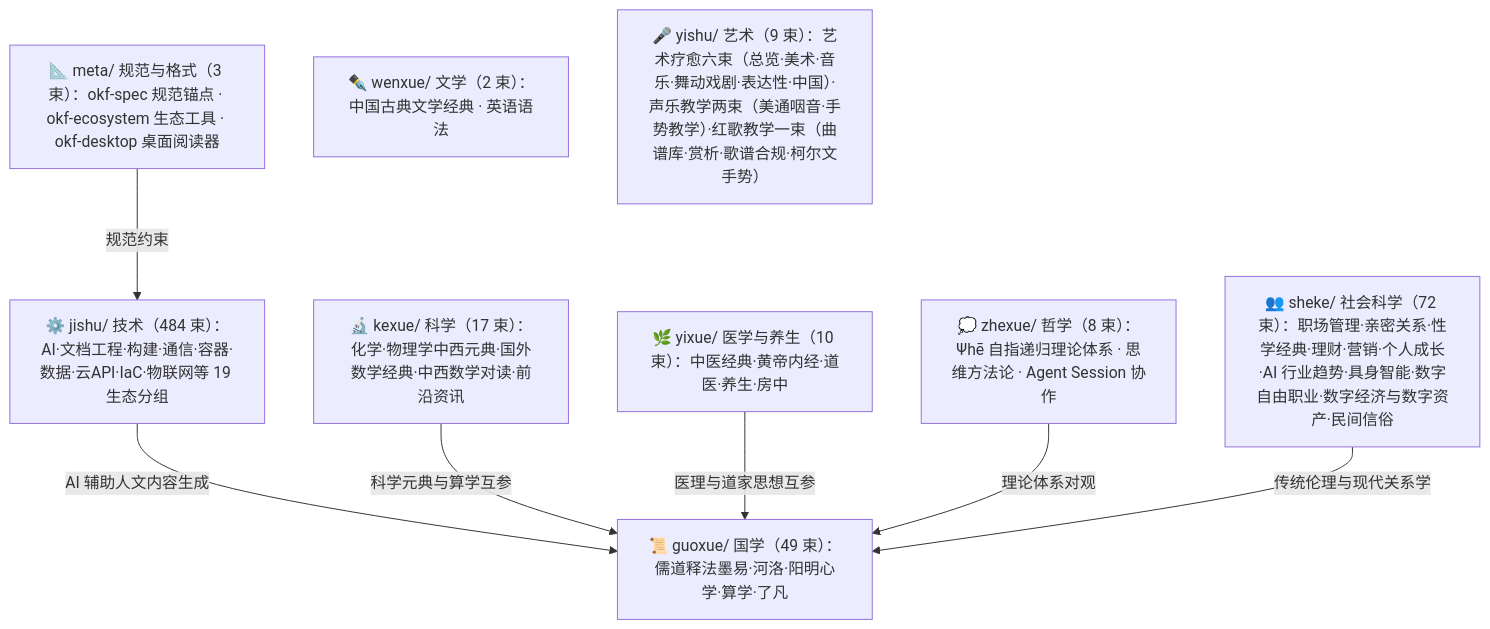
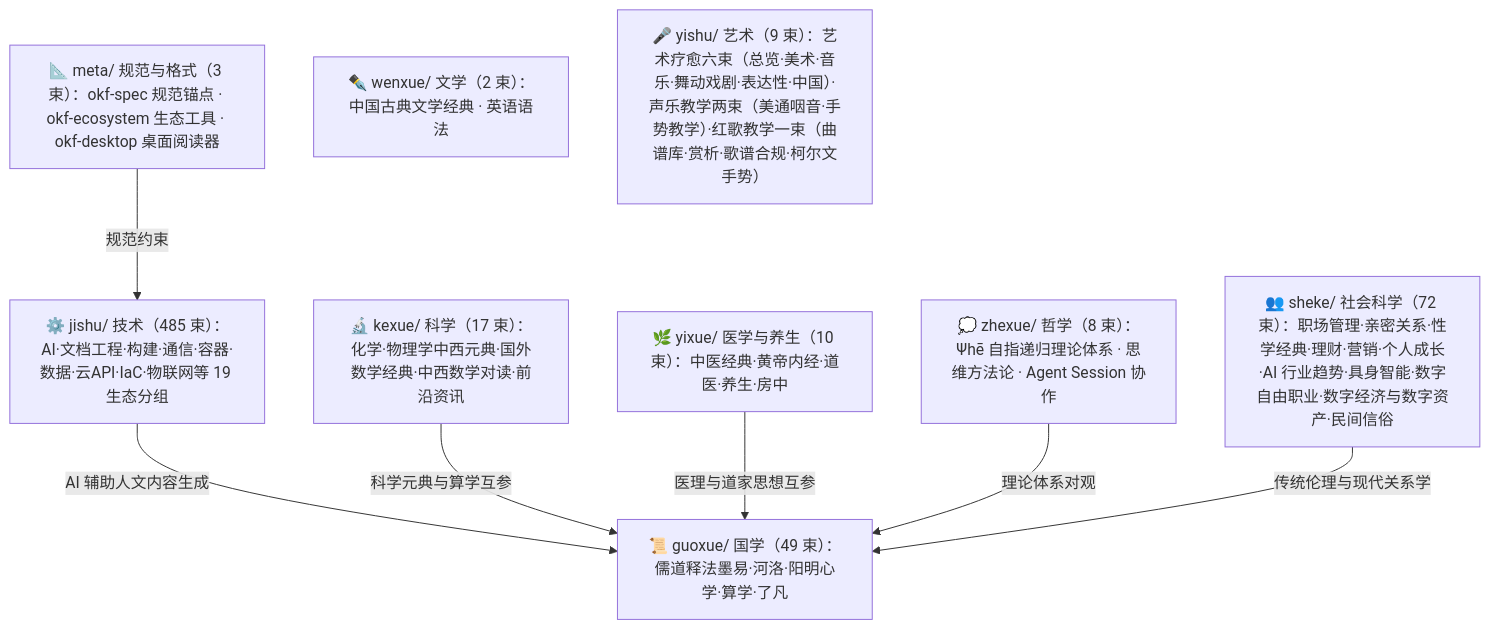
The diagram in doc/bundles/index.md (awesome-flexloop/awesome-okf), drawn with Mermaid before and after one commit. The commit also changed other lines of this file and 28 other files, not shown here.

````diff
--- a/doc/bundles/index.md
+++ b/doc/bundles/index.md
@@ -21,18 +21,18 @@
 ```mermaid
 flowchart TD
     meta["📐 meta/ 规范与格式（3 束）：okf-spec 规范锚点 · okf-ecosystem 生态工具 · okf-desktop 桌面阅读器"]
     guoxue["📜 guoxue/ 国学（49 束）：儒道释法墨易·河洛·阳明心学·算学·了凡"]
     zhexue["💭 zhexue/ 哲学（8 束）：Ψhē 自指递归理论体系 · 思维方法论 · Agent Session 协作"]
     kexue["🔬 kexue/ 科学（17 束）：化学·物理学中西元典·国外数学经典·中西数学对读·前沿资讯"]
     wenxue["✒️ wenxue/ 文学（2 束）：中国古典文学经典 · 英语语法"]
     yixue["🌿 yixue/ 医学与养生（10 束）：中医经典·黄帝内经·道医·养生·房中"]
     sheke["👥 sheke/ 社会科学（72 束）：职场管理·亲密关系·性学经典·理财·营销·个人成长·AI 行业趋势·具身智能·数字自由职业·数字经济与数字资产·民间信俗"]
     yishu["🎤 yishu/ 艺术（9 束）：艺术疗愈六束（总览·美术·音乐·舞动戏剧·表达性·中国）·声乐教学两束（美通咽音·手势教学）·红歌教学一束（曲谱库·赏析·歌谱合规·柯尔文手势）"]
-    jishu["⚙️ jishu/ 技术（484 束）：AI·文档工程·构建·通信·容器·数据·云API·IaC·物联网等 19 生态分组"]
+    jishu["⚙️ jishu/ 技术（485 束）：AI·文档工程·构建·通信·容器·数据·云API·IaC·物联网等 19 生态分组"]
     meta -->|"规范约束"| jishu
     jishu -->|"AI 辅助人文内容生成"| guoxue
     kexue -->|"科学元典与算学互参"| guoxue
     yixue -->|"医理与道家思想互参"| guoxue
     zhexue -->|"理论体系对观"| guoxue
     sheke -->|"传统伦理与现代关系学"| guoxue
 ```
````
